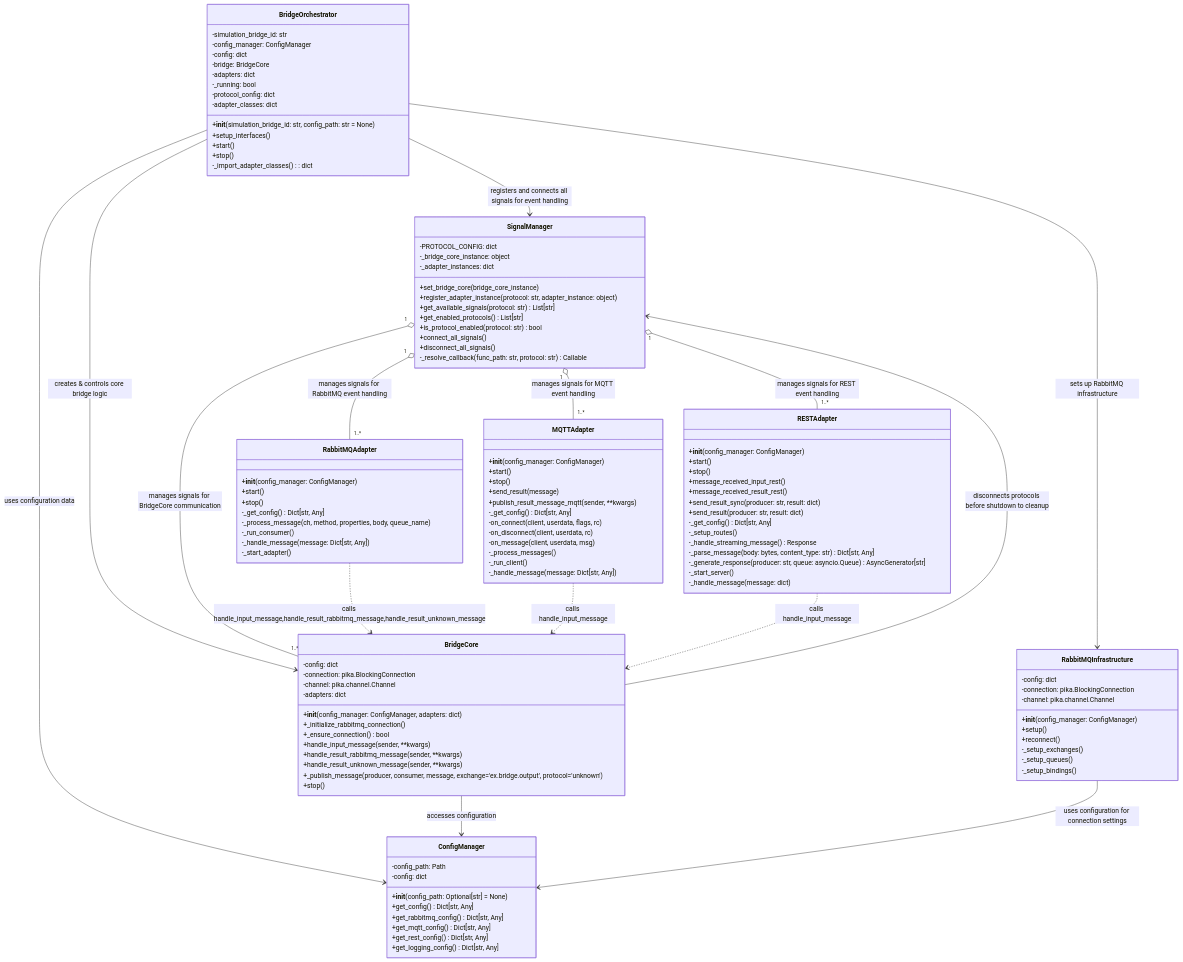
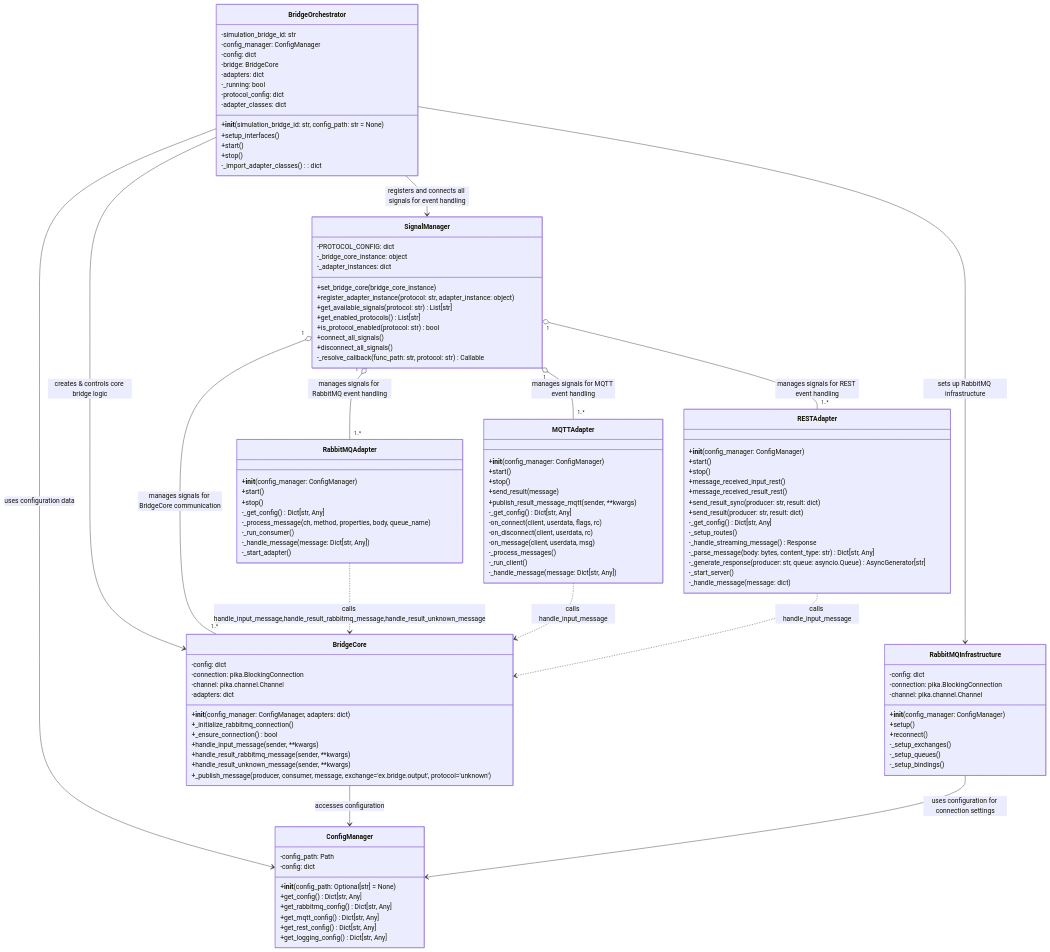
Before and after one commit to INTO-CPS-Association/simulation-bridge: the diagram in simulation_bridge/docs/class_diagram.md, drawn with Mermaid. The commit also changed 6 other files, not shown here.

```diff
--- a/simulation_bridge/docs/class_diagram.md
+++ b/simulation_bridge/docs/class_diagram.md
@@ -28,7 +28,6 @@
         +handle_result_rabbitmq_message(sender, **kwargs)
         +handle_result_unknown_message(sender, **kwargs)
         +_publish_message(producer, consumer, message, exchange='ex.bridge.output', protocol='unknown')
-        +stop()
     }
 
     class RabbitMQInfrastructure {
@@ -118,7 +117,6 @@
     BridgeOrchestrator --> BridgeCore : creates & controls core bridge logic
     BridgeOrchestrator --> RabbitMQInfrastructure : sets up RabbitMQ infrastructure
     BridgeCore --> ConfigManager : accesses configuration
-    BridgeCore --> SignalManager : disconnects protocols before shutdown to cleanup
     RabbitMQInfrastructure --> ConfigManager : uses configuration for connection settings
     SignalManager "1" o-- "1..*" BridgeCore : manages signals for BridgeCore communication
     SignalManager "1" o-- "1..*" RabbitMQAdapter : manages signals for RabbitMQ event handling
```
